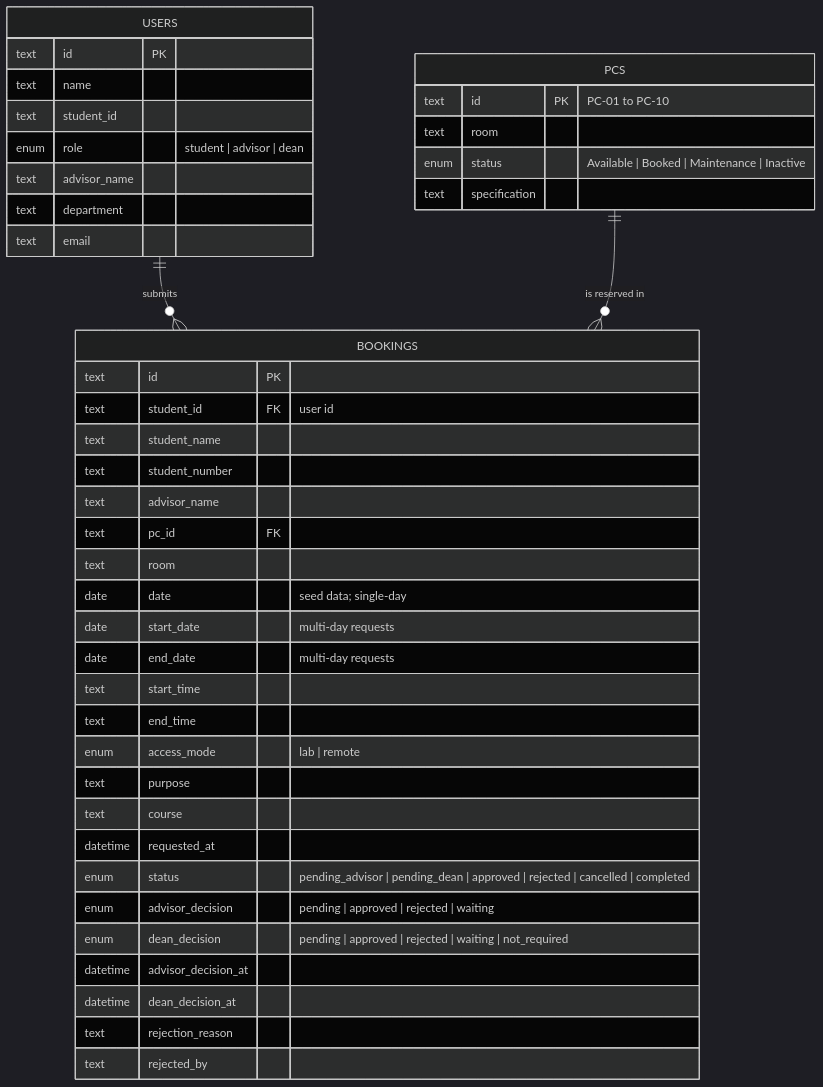
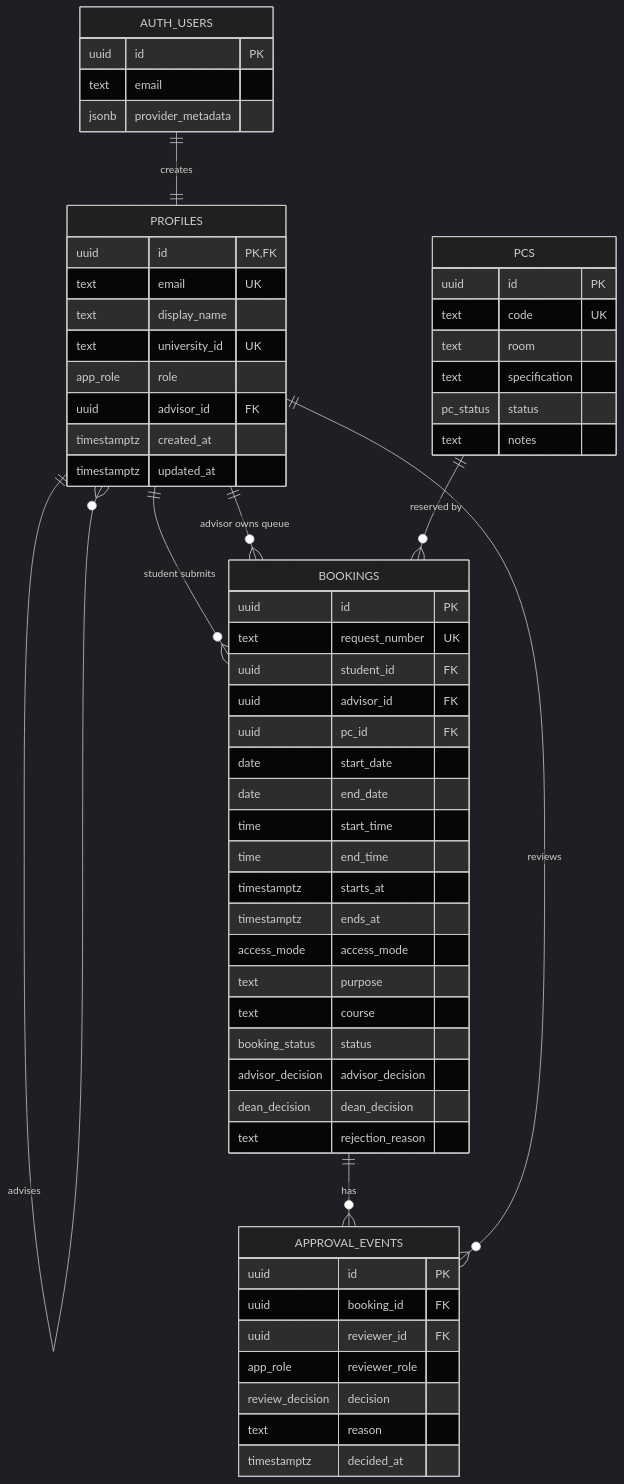
One commit to Leng201202/SE-Lab-Booking-System changed the diagram in .docs/02-design/diagrams/03-er-diagram.md. Above: the diagram before and after it, drawn with Mermaid (dark theme). The commit also changed other lines of this file and 53 other files, not shown here.

````diff
--- a/.docs/02-design/diagrams/03-er-diagram.md
+++ b/.docs/02-design/diagrams/03-er-diagram.md
@@ -5,45 +3,63 @@
-```mermaid
+~~~mermaid
 erDiagram
-    USERS ||--o{ BOOKINGS : "submits"
-    PCS ||--o{ BOOKINGS : "is reserved in"
-    USERS {
-        text id PK
-        text name
-        text student_id
-        enum role "student | advisor | dean"
-        text advisor_name
-        text department
+    AUTH_USERS ||--|| PROFILES : "creates"
+    PROFILES ||--o{ PROFILES : "advises"
+    PROFILES ||--o{ BOOKINGS : "student submits"
+    PROFILES ||--o{ BOOKINGS : "advisor owns queue"
+    PCS ||--o{ BOOKINGS : "reserved by"
+    BOOKINGS ||--o{ APPROVAL_EVENTS : "has"
+    PROFILES ||--o{ APPROVAL_EVENTS : "reviews"
+
+    AUTH_USERS {
+        uuid id PK
         text email
+        jsonb provider_metadata
+    }
+    PROFILES {
+        uuid id PK,FK
+        text email UK
+        text display_name
+        text university_id UK
+        app_role role
+        uuid advisor_id FK
+        timestamptz created_at
+        timestamptz updated_at
+    }
+    PCS {
+        uuid id PK
+        text code UK
+        text room
+        text specification
+        pc_status status
+        text notes
     }
     BOOKINGS {
-        text id PK
-        text student_id FK "user id"
-        text student_name
-        text student_number
-        text advisor_name
-        text pc_id FK
-        text room
-        date date "seed data; single-day"
-        date start_date "multi-day requests"
-        date end_date "multi-day requests"
-        text start_time
-        text end_time
-        enum access_mode "lab | remote"
+        uuid id PK
+        text request_number UK
+        uuid student_id FK
+        uuid advisor_id FK
+        uuid pc_id FK
+        date start_date
+        date end_date
+        time start_time
+        time end_time
+        timestamptz starts_at
+        timestamptz ends_at
+        access_mode access_mode
         text purpose
         text course
-        datetime requested_at
-        enum status "pending_advisor | pending_dean | approved | rejected | cancelled | completed"
-        enum advisor_decision "pending | approved | rejected | waiting"
-        enum dean_decision "pending | approved | rejected | waiting | not_required"
-        datetime advisor_decision_at
-        datetime dean_decision_at
+        booking_status status
+        advisor_decision advisor_decision
+        dean_decision dean_decision
         text rejection_reason
-        text rejected_by
     }
-    PCS {
-        text id PK "PC-01 to PC-10"
-        text room
-        enum status "Available | Booked | Maintenance | Inactive"
-        text specification
+    APPROVAL_EVENTS {
+        uuid id PK
+        uuid booking_id FK
+        uuid reviewer_id FK
+        app_role reviewer_role
+        review_decision decision
+        text reason
+        timestamptz decided_at
     }
-```
+~~~
````
